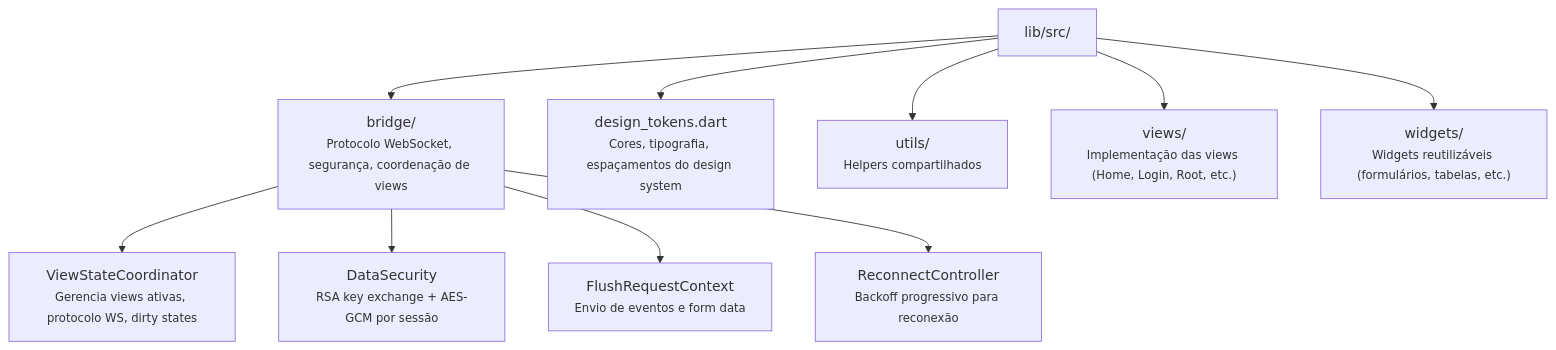
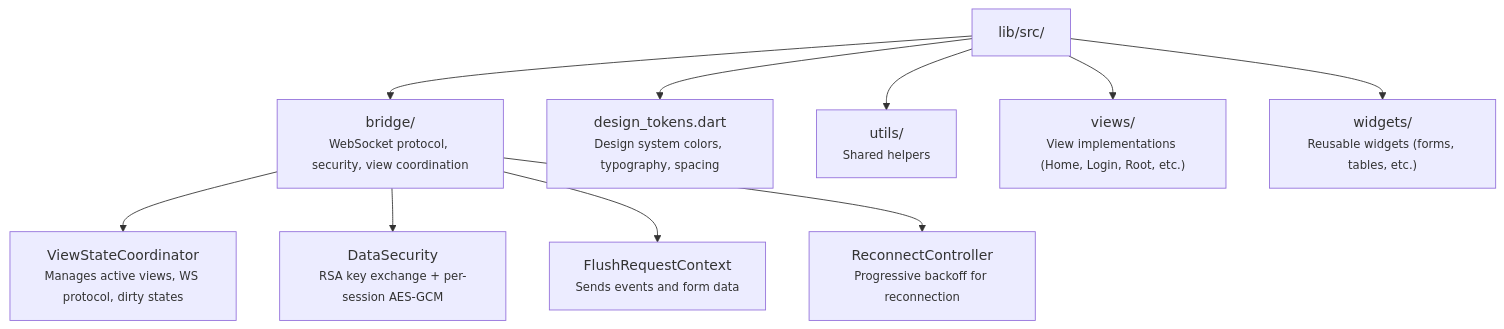
The diagram in fontes/br.com.wdc.shopping/br.com.wdc.shopping.view.remote/remote.shell.flutter/flutter.commons/README.md (mrcdom/wdc-cube-java-v2), drawn with Mermaid before and after one commit. The commit also changed other lines of this file and 69 other files, not shown here.

````diff
--- a/fontes/br.com.wdc.shopping/br.com.wdc.shopping.view.remote/remote.shell.flutter/flutter.commons/README.md
+++ b/fontes/br.com.wdc.shopping/br.com.wdc.shopping.view.remote/remote.shell.flutter/flutter.commons/README.md
@@ -9,23 +9,23 @@
 ```mermaid
 graph TD
     lib["lib/src/"]
-    bridge["bridge/<br/><small>Protocolo WebSocket, segurança, coordenação de views</small>"]
-    vsc["ViewStateCoordinator<br/><small>Gerencia views ativas, protocolo WS, dirty states</small>"]
-    ds["DataSecurity<br/><small>RSA key exchange + AES-GCM por sessão</small>"]
-    frc["FlushRequestContext<br/><small>Envio de eventos e form data</small>"]
-    rc["ReconnectController<br/><small>Backoff progressivo para reconexão</small>"]
-    dt["design_tokens.dart<br/><small>Cores, tipografia, espaçamentos do design system</small>"]
-    utils["utils/<br/><small>Helpers compartilhados</small>"]
-    views["views/<br/><small>Implementação das views (Home, Login, Root, etc.)</small>"]
-    widgets["widgets/<br/><small>Widgets reutilizáveis (formulários, tabelas, etc.)</small>"]
+    bridge["bridge/<br/><small>WebSocket protocol, security, view coordination</small>"]
+    vsc["ViewStateCoordinator<br/><small>Manages active views, WS protocol, dirty states</small>"]
+    ds["DataSecurity<br/><small>RSA key exchange + per-session AES-GCM</small>"]
+    frc["FlushRequestContext<br/><small>Sends events and form data</small>"]
+    rc["ReconnectController<br/><small>Progressive backoff for reconnection</small>"]
+    dt["design_tokens.dart<br/><small>Design system colors, typography, spacing</small>"]
+    utils["utils/<br/><small>Shared helpers</small>"]
+    views["views/<br/><small>View implementations (Home, Login, Root, etc.)</small>"]
+    widgets["widgets/<br/><small>Reusable widgets (forms, tables, etc.)</small>"]
 
     lib --> bridge
     lib --> dt
     lib --> utils
     lib --> views
     lib --> widgets
     bridge --> vsc
     bridge --> ds
     bridge --> frc
     bridge --> rc
 ```
````
